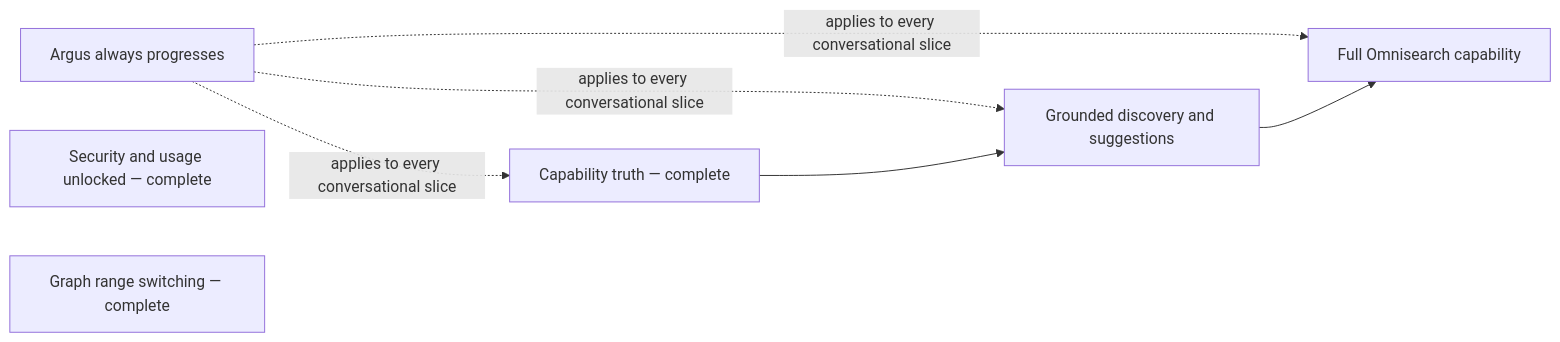
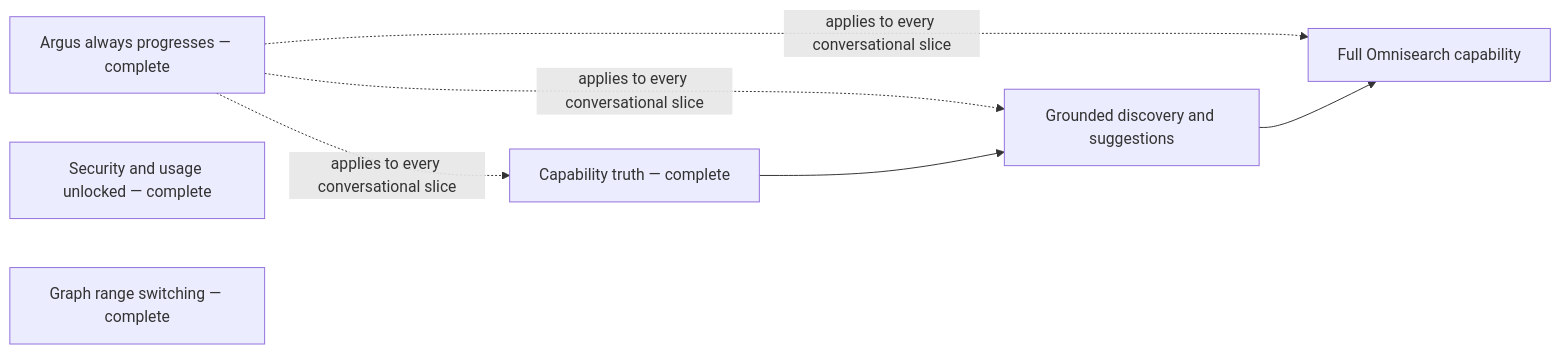
The diagram in docs/specs/private-alpha-interim-roadmap.md (lagarcess/argus), drawn with Mermaid before and after one commit. The commit also changed other lines of this file and 2 other files, not shown here.

Commit message:
docs(roadmap): close always progresses pillar

````diff
--- a/docs/specs/private-alpha-interim-roadmap.md
+++ b/docs/specs/private-alpha-interim-roadmap.md
@@ -82,14 +82,14 @@
 ```mermaid
 flowchart LR
-    LIVE["Argus always progresses"]
+    LIVE["Argus always progresses — complete"]
     ACCESS["Security and usage unlocked — complete"]
     RANGE["Graph range switching — complete"]
     TRUTH["Capability truth — complete"]
     DISCOVERY["Grounded discovery and suggestions"]
     OMNI["Full Omnisearch capability"]
 
     LIVE -. "applies to every conversational slice" .-> TRUTH
     LIVE -. "applies to every conversational slice" .-> DISCOVERY
     LIVE -. "applies to every conversational slice" .-> OMNI
     TRUTH --> DISCOVERY --> OMNI
 ```
````
